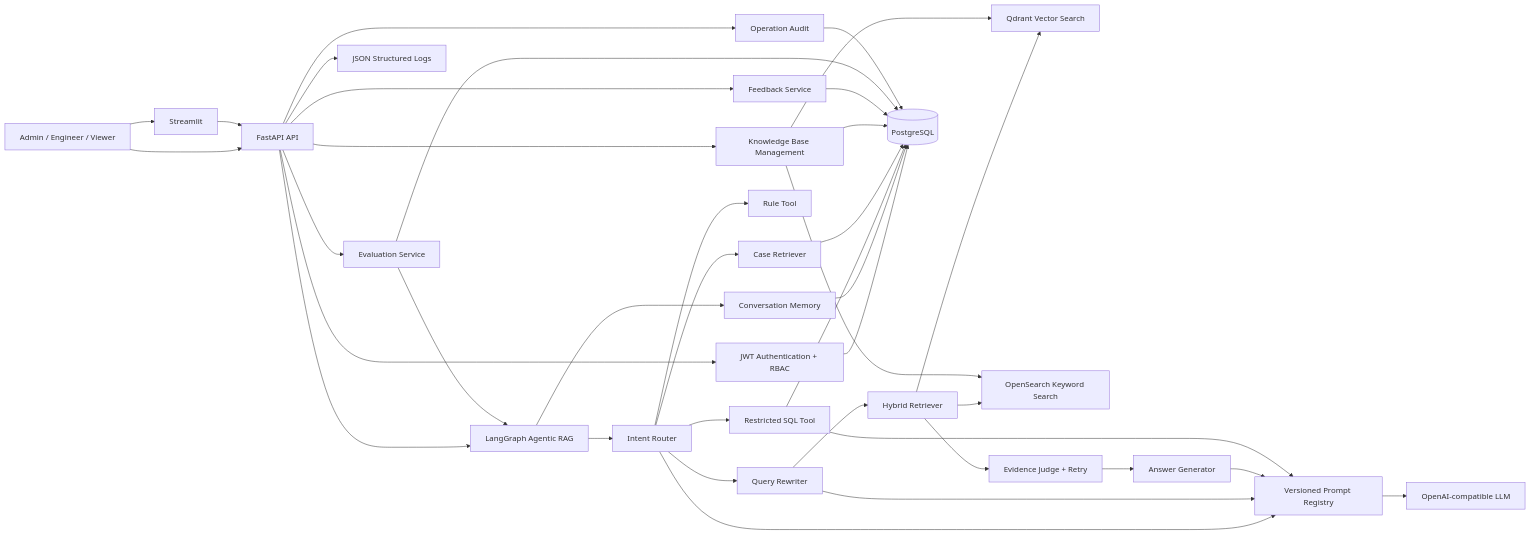
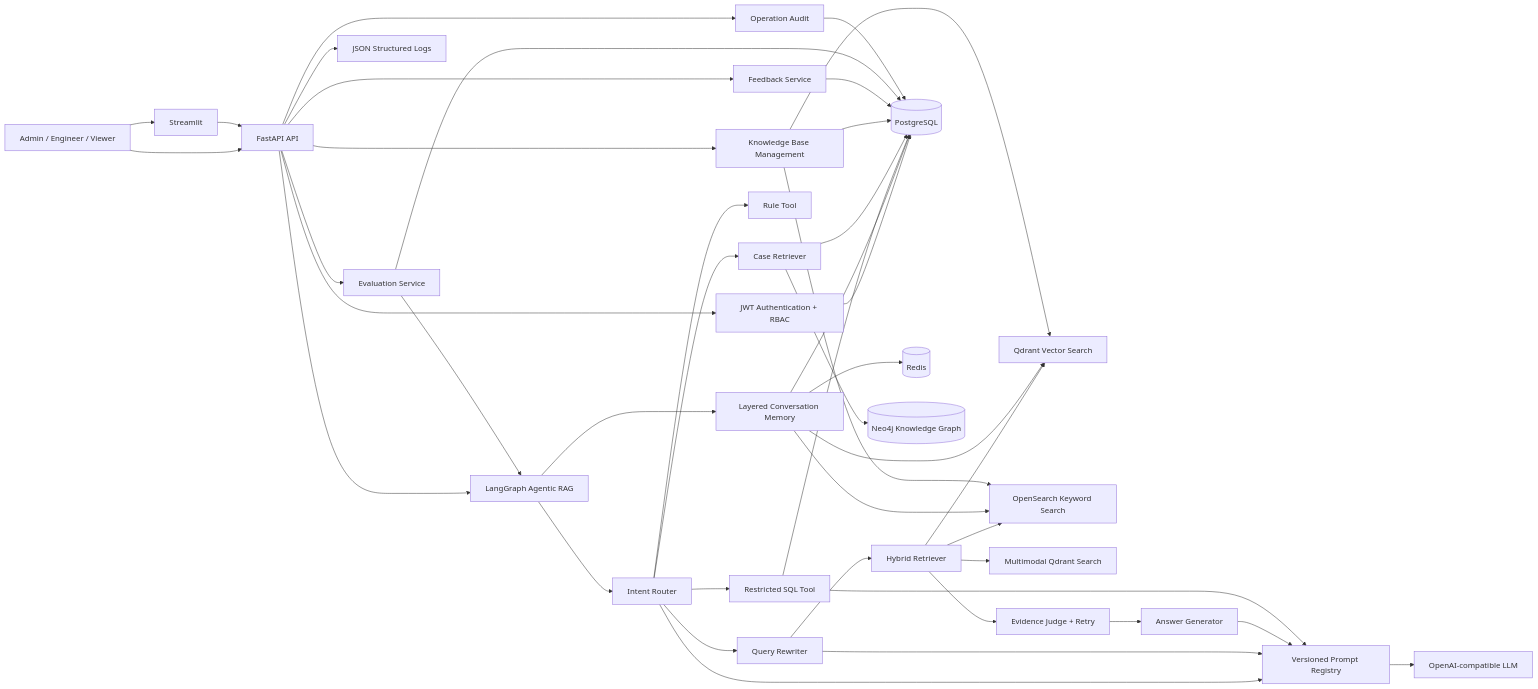
One commit to nwxshm-ylj/Industrial-Quality-Agentic-RAG-Assistant changed the diagram in README.md. Above: the diagram before and after it, drawn with Mermaid. The commit also changed other lines of this file and 89 other files, not shown here.

```diff
--- a/README.md
+++ b/README.md
@@ -20,44 +20,49 @@
 ~~~mermaid
 flowchart LR
     User[Admin / Engineer / Viewer] --> UI[Streamlit]
     User --> API[FastAPI API]
     UI --> API
 
     API --> Auth[JWT Authentication + RBAC]
     API --> Graph[LangGraph Agentic RAG]
     API --> KB[Knowledge Base Management]
     API --> Feedback[Feedback Service]
     API --> Eval[Evaluation Service]
 
-    Graph --> Memory[Conversation Memory]
+    Graph --> Memory[Layered Conversation Memory]
     Graph --> Router[Intent Router]
     Router --> Rule[Rule Tool]
     Router --> SQL[Restricted SQL Tool]
     Router --> Case[Case Retriever]
     Router --> Rewrite[Query Rewriter]
     Rewrite --> Hybrid[Hybrid Retriever]
     Hybrid --> Vector[Qdrant Vector Search]
     Hybrid --> Keyword[OpenSearch Keyword Search]
+    Hybrid --> MM[Multimodal Qdrant Search]
     Hybrid --> Judge[Evidence Judge + Retry]
     Judge --> Generator[Answer Generator]
     Router --> Prompt[Versioned Prompt Registry]
     Rewrite --> Prompt
     Generator --> Prompt
     SQL --> Prompt
     Prompt --> LLM[OpenAI-compatible LLM]
 
     Auth --> PG[(PostgreSQL)]
     Memory --> PG
+    Memory --> Redis[(Redis)]
+    Memory --> Vector
+    Memory --> Keyword
     SQL --> PG
     Case --> PG
+    Case --> KG[(Neo4j Knowledge Graph)]
     KB --> PG
     KB --> Vector
     KB --> Keyword
     Feedback --> PG
     Eval --> PG
     Eval --> Graph
 
     API --> Logs[JSON Structured Logs]
     API --> Audit[Operation Audit]
     Audit --> PG
 ~~~
```
